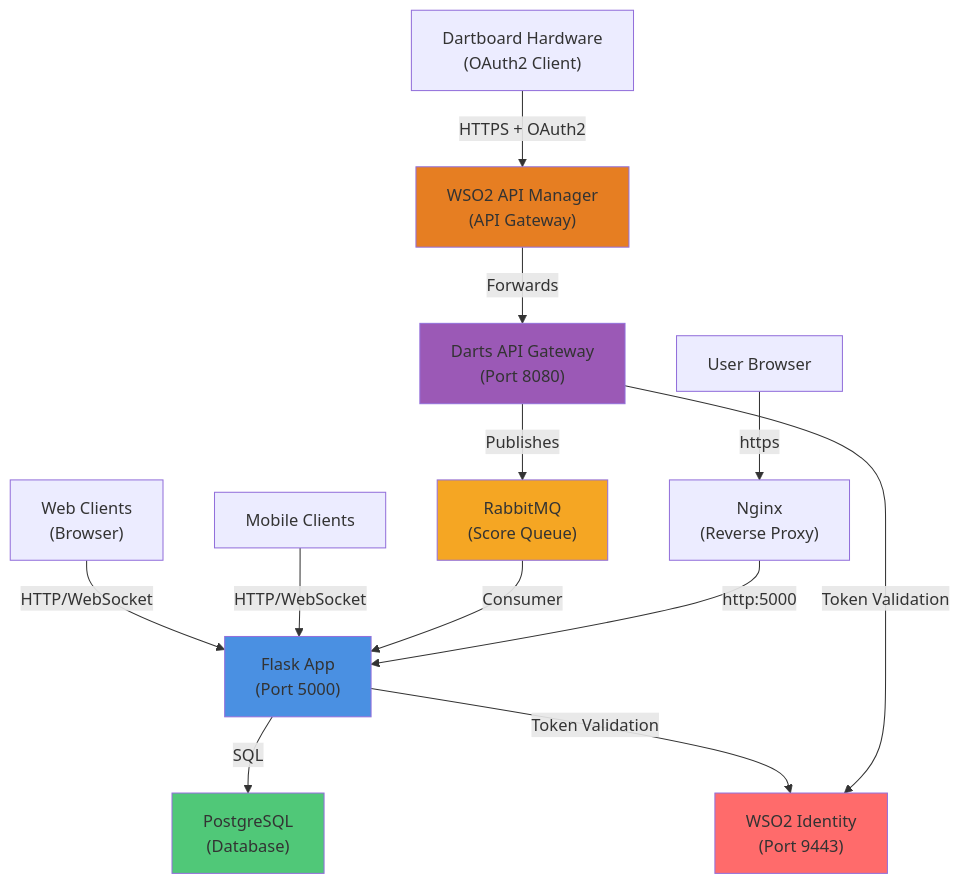
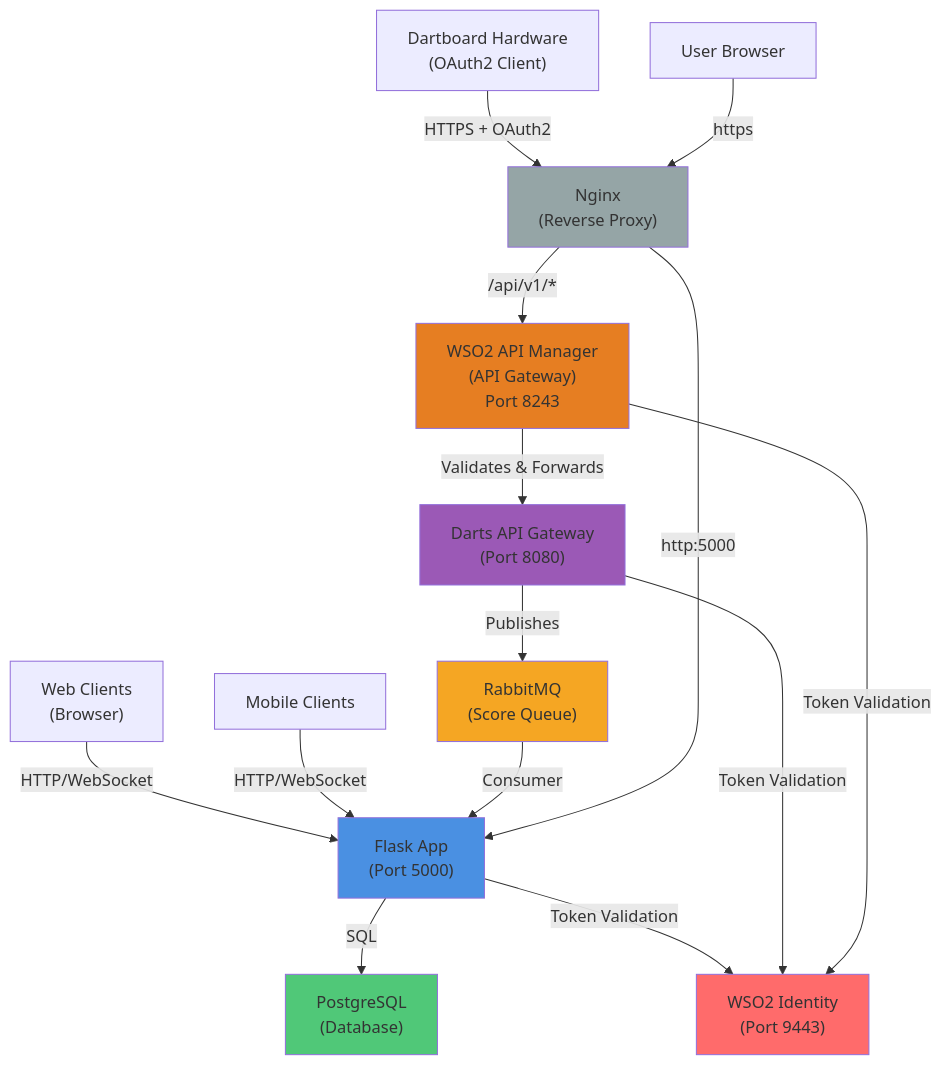
The first of 12 diagrams in doc/ARCHITECTURE.md (dgroen/dartserver-pythonapp), drawn with Mermaid before and after one commit. The commit also changed other lines of this file and 9 other files, not shown here.

First line of the commit message:
feat: Integrate WSO2 API Manager into request flow

````diff
--- a/doc/ARCHITECTURE.md
+++ b/doc/ARCHITECTURE.md
@@ -7,36 +7,39 @@
 ```mermaid
 graph TB
     Dartboards["Dartboard Hardware<br/>(OAuth2 Client)"]
     Client["Web Clients<br/>(Browser)"]
     Mobile["Mobile Clients"]
     
-    WSO2_APIM["WSO2 API Manager<br/>(API Gateway)"]
+    Nginx["Nginx<br/>(Reverse Proxy)"]
+    WSO2_APIM["WSO2 API Manager<br/>(API Gateway)<br/>Port 8243"]
     API_Gateway["Darts API Gateway<br/>(Port 8080)"]
     
     RMQ["RabbitMQ<br/>(Score Queue)"]
     
-    Dartboards -->|HTTPS + OAuth2| WSO2_APIM
+    Dartboards -->|HTTPS + OAuth2| Nginx
+    Nginx -->|/api/v1/*| WSO2_APIM
     Client -->|HTTP/WebSocket| Flask["Flask App<br/>(Port 5000)"]
     Mobile -->|HTTP/WebSocket| Flask
     
-    WSO2_APIM -->|Forwards| API_Gateway
+    WSO2_APIM -->|Validates & Forwards| API_Gateway
     API_Gateway -->|Publishes| RMQ
     RMQ -->|Consumer| Flask
 
     Flask -->|SQL| DB["PostgreSQL<br/>(Database)"]
     Flask -->|Token Validation| WSO2_IS["WSO2 Identity<br/>(Port 9443)"]
     API_Gateway -->|Token Validation| WSO2_IS
+    WSO2_APIM -->|Token Validation| WSO2_IS
 
-    Nginx["Nginx<br/>(Reverse Proxy)"]
     Nginx -->|http:5000| Flask
 
     Browser["User Browser"]
     Browser -->|https| Nginx
 
     style Flask fill:#4A90E2
     style API_Gateway fill:#9B59B6
     style DB fill:#50C878
     style WSO2_IS fill:#FF6B6B
     style WSO2_APIM fill:#E67E22
     style RMQ fill:#F5A623
+    style Nginx fill:#95A5A6
 ```
````
